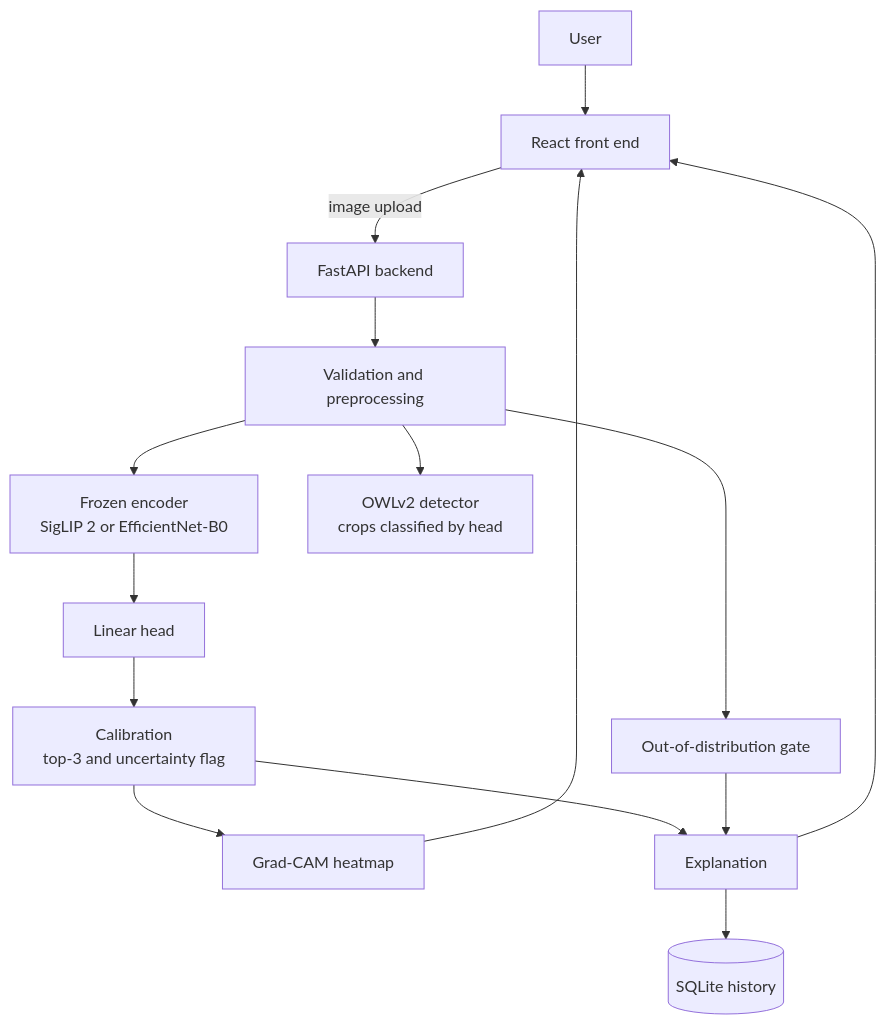
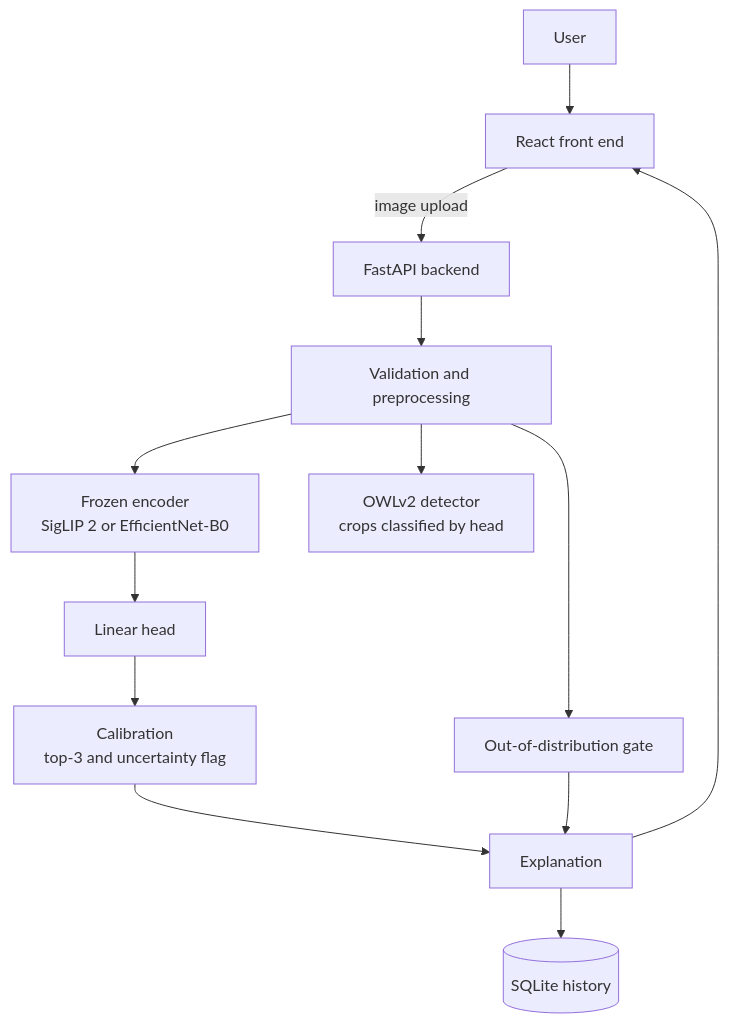
The diagram in README.md (ShaunT06/astra-vision), drawn with Mermaid before and after one commit. The commit also changed other lines of this file and 2 other files, not shown here.

````diff
--- a/README.md
+++ b/README.md
@@ -25,17 +25,15 @@
 ```mermaid
 flowchart TD
     U[User] --> FE[React front end]
     FE -->|image upload| API[FastAPI backend]
     API --> V[Validation and preprocessing]
     V --> ENC[Frozen encoder<br/>SigLIP 2 or EfficientNet-B0]
     ENC --> H[Linear head]
     H --> CAL[Calibration<br/>top-3 and uncertainty flag]
     V --> OOD[Out-of-distribution gate]
     V --> DET[OWLv2 detector<br/>crops classified by head]
-    CAL --> XAI[Grad-CAM heatmap]
     CAL --> EXP[Explanation]
     OOD --> EXP
     EXP --> DB[(SQLite history)]
-    XAI --> FE
     EXP --> FE
 ```
````
